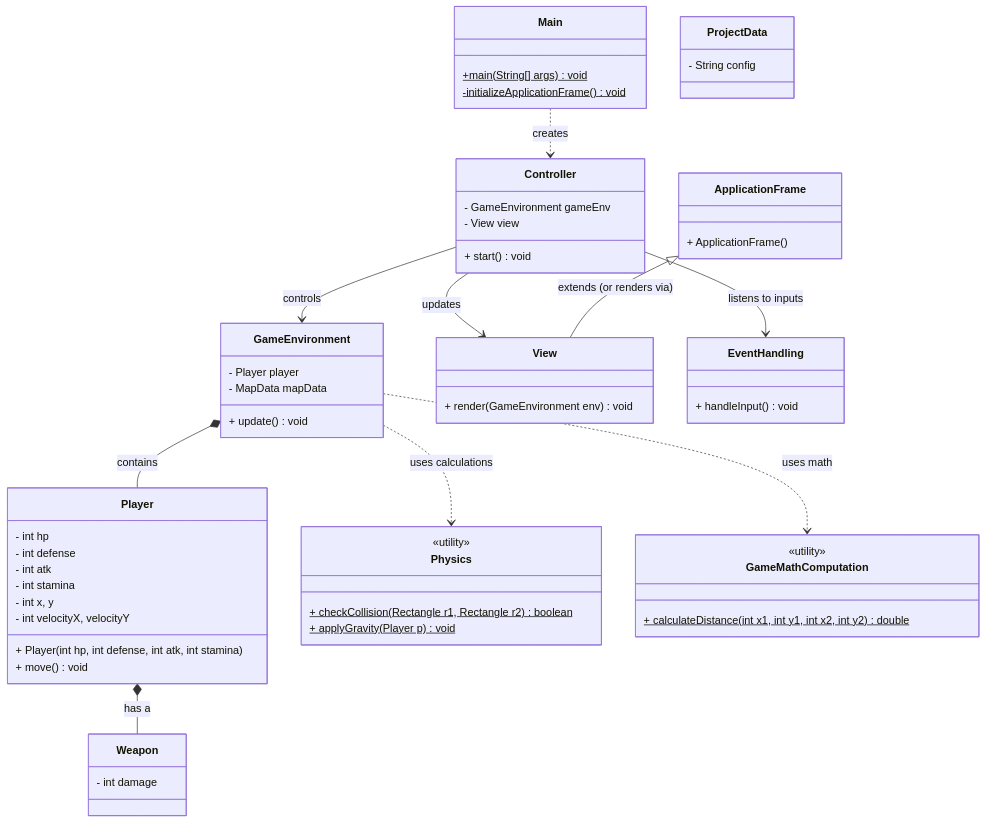
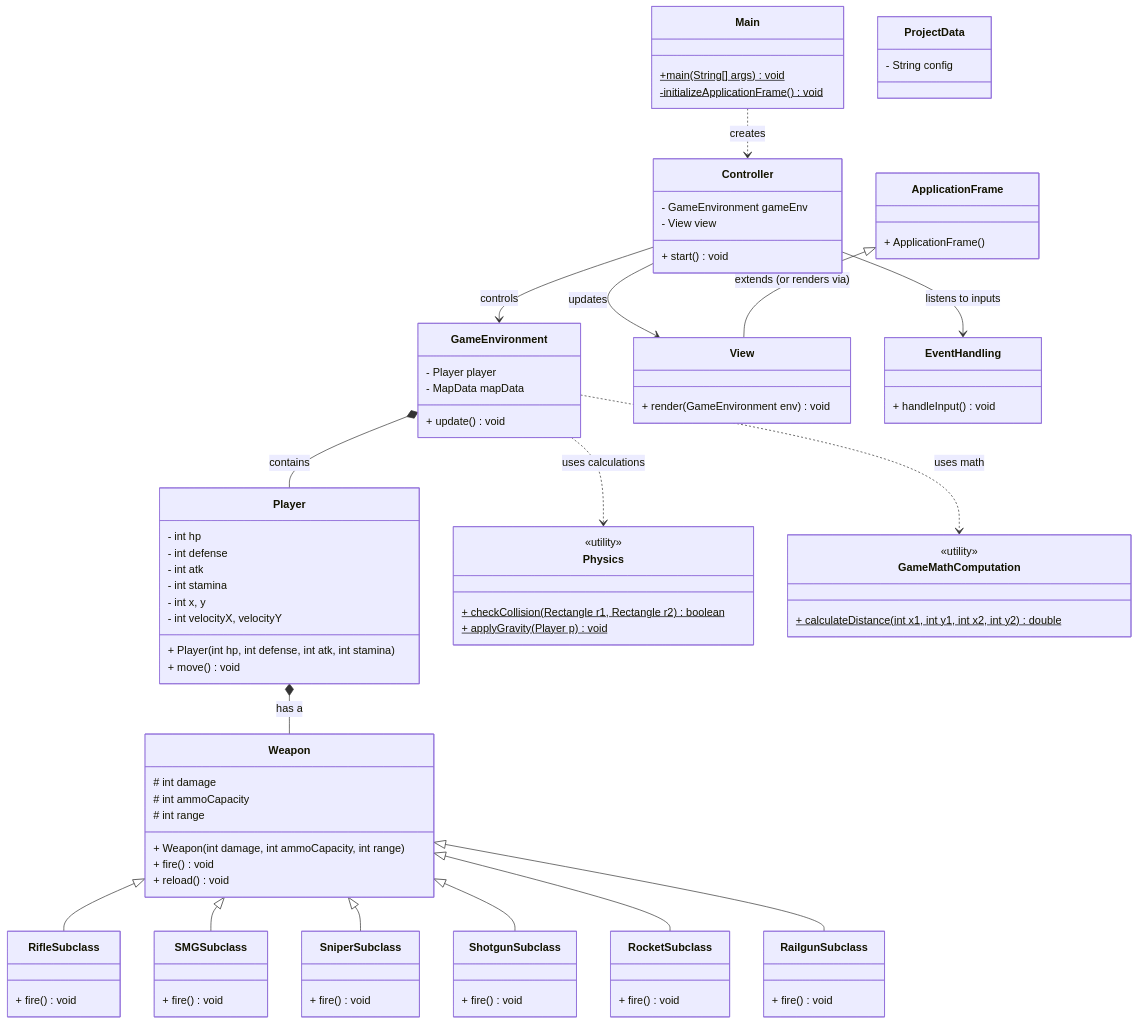
Before and after one commit to Duckyduckyquac/CSS123P_FinalProject: the diagram in diagram.md, drawn with Mermaid.

```diff
--- a/diagram.md
+++ b/diagram.md
@@ -35,9 +35,45 @@
 }
 
 class Weapon {
-    - int damage
+    # int damage
+    # int ammoCapacity
+    # int range
+    + Weapon(int damage, int ammoCapacity, int range)
+    + fire() void
+    + reload() void
 }
 
+class RifleSubclass {
+    + fire() void
+}
+
+class SMGSubclass {
+    + fire() void
+}
+
+class SniperSubclass {
+    + fire() void
+}
+
+class ShotgunSubclass {
+    + fire() void
+}
+
+class RocketSubclass {
+    + fire() void
+}
+
+class RailgunSubclass {
+    + fire() void
+}
+
+%% Inheritance relationships
+Weapon <|-- RifleSubclass
+Weapon <|-- SMGSubclass
+Weapon <|-- SniperSubclass
+Weapon <|-- ShotgunSubclass
+Weapon <|-- RocketSubclass
+Weapon <|-- RailgunSubclass
 class Physics {
     <<utility>>
     + checkCollision(Rectangle r1, Rectangle r2)$ boolean
```
